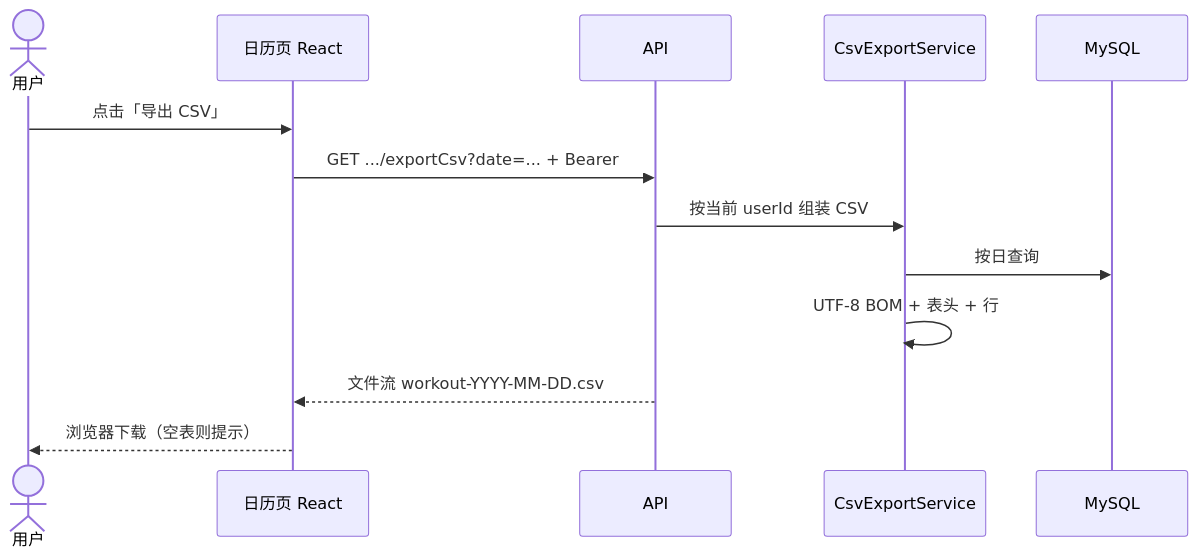
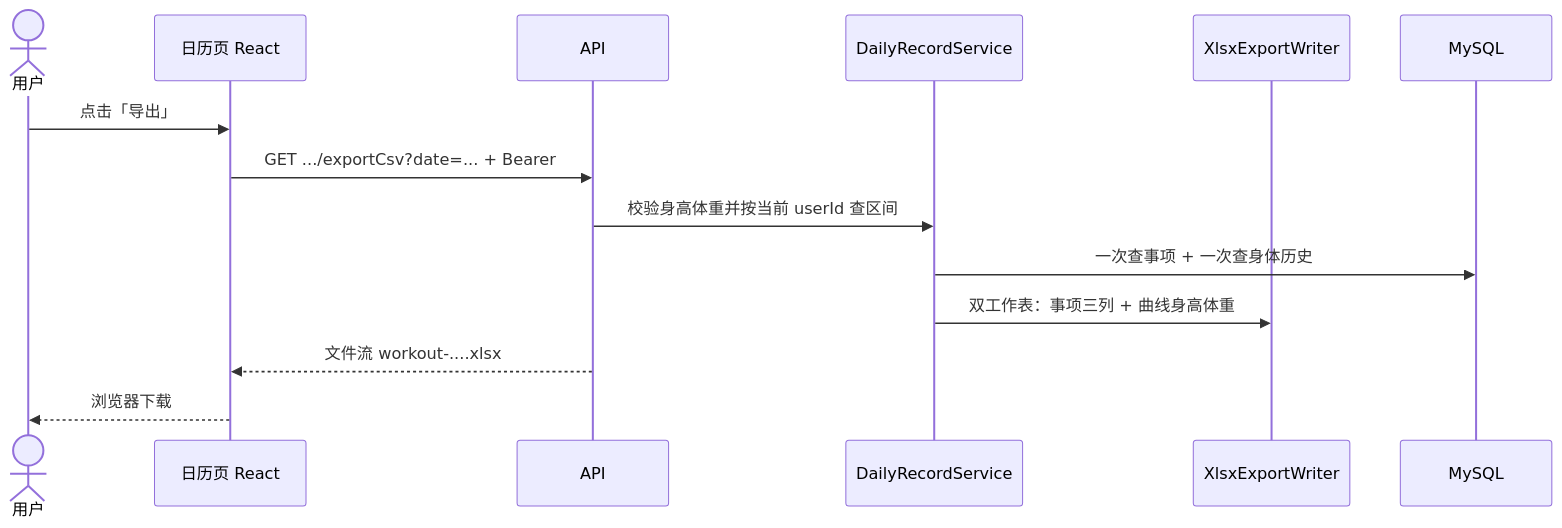
The eighth of 11 diagrams in doc/workOut-技术架构.md (lippchan-cloud/workOut), drawn with Mermaid before and after one commit. The commit also changed other lines of this file and 21 other files, not shown here.

````diff
--- a/doc/workOut-技术架构.md
+++ b/doc/workOut-技术架构.md
@@ -257,16 +276,17 @@
 ```mermaid
 sequenceDiagram
   actor U as 用户
   participant C as 日历页 React
   participant A as API
-  participant S as CsvExportService
+  participant S as DailyRecordService
+  participant W as XlsxExportWriter
   participant DB as MySQL
 
-  U->>C: 点击「导出 CSV」
+  U->>C: 点击「导出」
   C->>A: GET .../exportCsv?date=... + Bearer
-  A->>S: 按当前 userId 组装 CSV
-  S->>DB: 按日查询
-  S->>S: UTF-8 BOM + 表头 + 行
-  A-->>C: 文件流 workout-YYYY-MM-DD.csv
-  C-->>U: 浏览器下载（空表则提示）
+  A->>S: 校验身高体重并按当前 userId 查区间
+  S->>DB: 一次查事项 + 一次查身体历史
+  S->>W: 双工作表：事项三列 + 曲线身高体重
+  A-->>C: 文件流 workout-....xlsx
+  C-->>U: 浏览器下载
 ```
````
